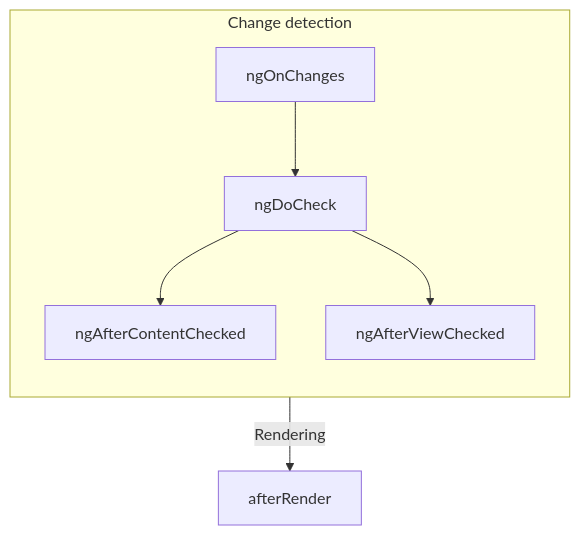
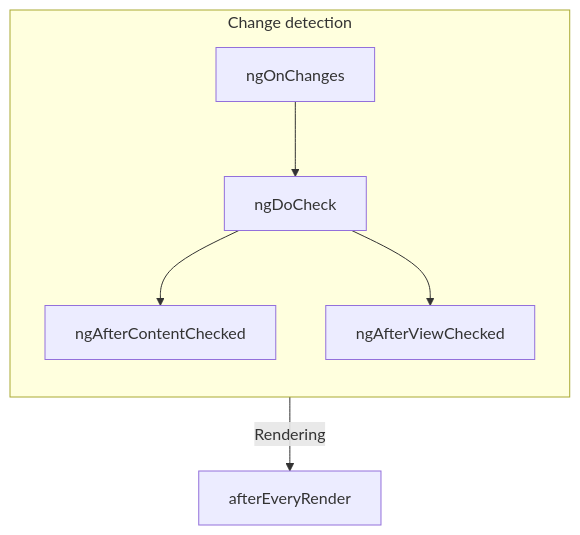
The second of 2 diagrams in adev/src/content/guide/components/lifecycle.md (angular/angular), drawn with Mermaid before and after one commit. The commit also changed other lines of this file and 3 other files, not shown here.

First line of the commit message:
docs: update references of afterEveryRender (#61159)

````diff
--- a/adev/src/content/guide/components/lifecycle.md
+++ b/adev/src/content/guide/components/lifecycle.md
@@ -335,10 +335,10 @@
 ```mermaid
 graph TD;
 subgraph CHANGE [Change detection]
 direction TB
 ngOnChanges-->ngDoCheck
 ngDoCheck-->ngAfterContentChecked;
 ngDoCheck-->ngAfterViewChecked
 end
-CHANGE--Rendering-->afterRender
+CHANGE--Rendering-->afterEveryRender
 ```
````
